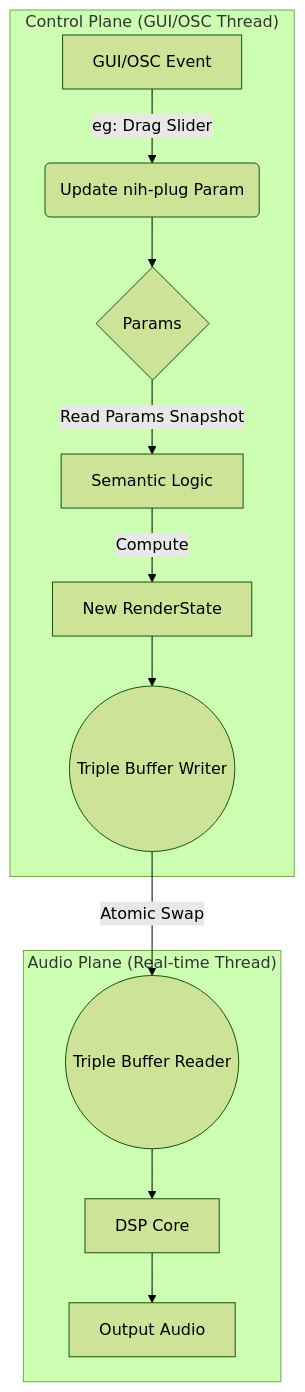
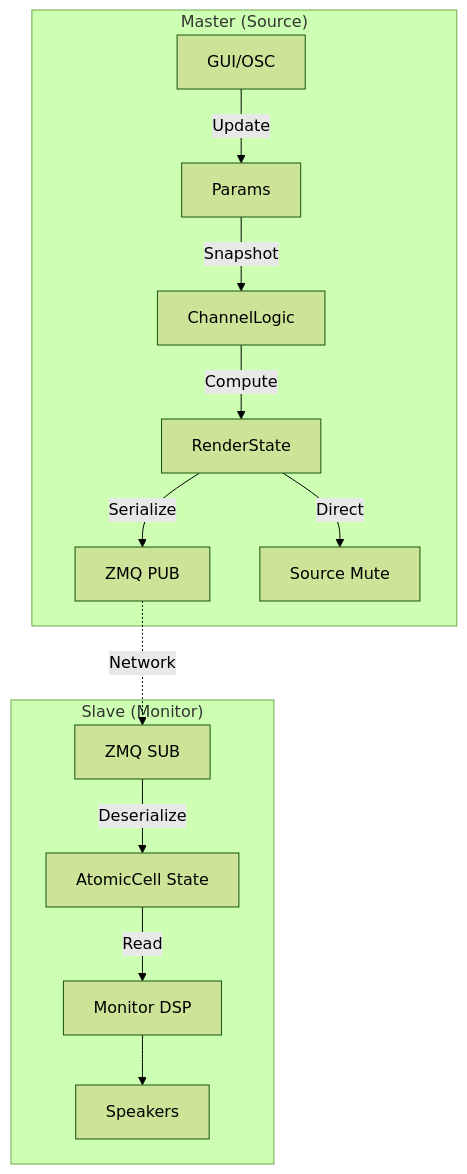
One commit to GohardSGG/MonitorControllerMax changed the diagram in Doc/Main/5.功能模块设计.md. Above: the diagram before and after it, drawn with Mermaid (forest theme). The commit also changed other lines of this file and 11 other files, not shown here.

````diff
--- a/Doc/Main/5.功能模块设计.md
+++ b/Doc/Main/5.功能模块设计.md
@@ -9,17 +9,18 @@
 ```mermaid
 graph TD
-    subgraph "Control Plane (GUI/OSC Thread)"
-        A[GUI/OSC Event] -->|eg: Drag Slider| B(Update nih-plug Param)
-        B --> C{Params}
-        C -- "Read Params Snapshot" --> D[Semantic Logic]
-        D -- "Compute" --> E[New RenderState]
-        E --> F((Triple Buffer Writer))
+    subgraph "Master (Source)"
+        UI[GUI/OSC] -->|Update| Params
+        Params -->|Snapshot| Logic[ChannelLogic]
+        Logic -->|Compute| State[RenderState]
+        State -->|Serialize| NetPub[ZMQ PUB]
+        State -->|Direct| AudioM[Source Mute]
     end
     
-    subgraph "Audio Plane (Real-time Thread)"
-        G((Triple Buffer Reader)) --> H[DSP Core]
-        H --> I[Output Audio]
+    NetPub -.->|Network| NetSub[ZMQ SUB]
+    
+    subgraph "Slave (Monitor)"
+        NetSub -->|Deserialize| Cache[AtomicCell State]
+        Cache -->|Read| AudioS[Monitor DSP]
+        AudioS --> Speakers
     end
-
-    F -- "Atomic Swap" --> G
 ```
````
